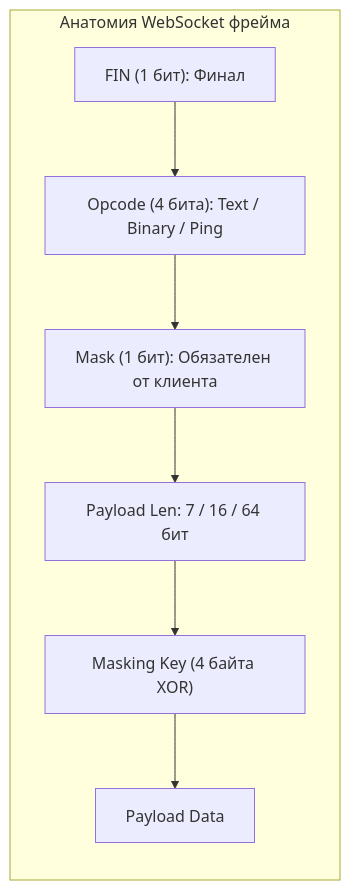
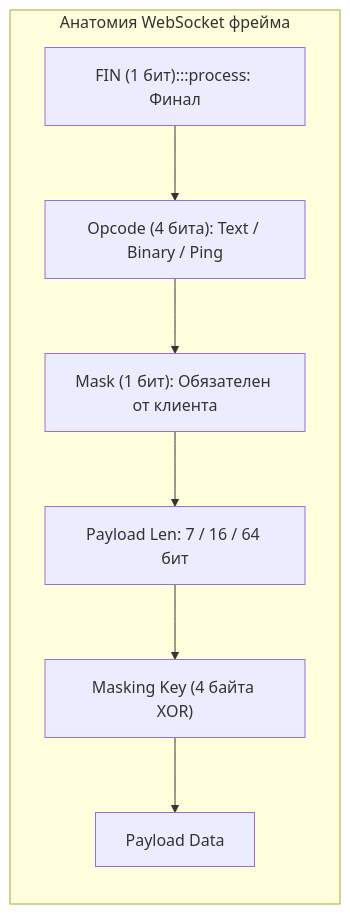
Before and after one commit to UnrealTemplier/go-textbook: the third of 4 diagrams in sources/3. Компьютерные сети и сетевой стек/25. WebSocket, SSE и долгоживущие соединения.md, drawn with Mermaid. The commit also changed other lines of this file and 1666 other files, not shown here.

First line of the commit message:
feat(mermaid): add semantic color classDef to 1369 colorless flowchart/graph diagrams

````diff
--- a/sources/3. Компьютерные сети и сетевой стек/25. WebSocket, SSE и долгоживущие соединения.md
+++ b/sources/3. Компьютерные сети и сетевой стек/25. WebSocket, SSE и долгоживущие соединения.md
@@ -186,10 +196,20 @@
 ```mermaid
 flowchart LR
+    classDef process  fill:#1e293b,stroke:#38bdf8,stroke-width:1px,color:#f8fafc
+    classDef success  fill:#064e3b,stroke:#34d399,stroke-width:1px,color:#f8fafc
+    classDef error    fill:#7f1d1d,stroke:#f87171,stroke-width:1px,color:#f8fafc
+    classDef warning  fill:#78350f,stroke:#fbbf24,stroke-width:1px,color:#f8fafc
+    classDef entry    fill:#1e3a5f,stroke:#38bdf8,stroke-width:2px,color:#f8fafc
+    classDef aux      fill:#334155,stroke:#64748b,stroke-width:1px,color:#f8fafc
+    classDef system   fill:#312e81,stroke:#a78bfa,stroke-width:1px,color:#f8fafc
+    classDef data     fill:#132d29,stroke:#2dd4bf,stroke-width:1px,color:#f8fafc
+    classDef network  fill:#881337,stroke:#fb7185,stroke-width:1px,color:#f8fafc
+    classDef accent   fill:#1e1b4b,stroke:#818cf8,stroke-width:1px,color:#f8fafc
     subgraph WSFrame ["Анатомия WebSocket фрейма"]
-        FIN["FIN (1 бит): Финал"] --> Opcode["Opcode (4 бита): Text / Binary / Ping"]
+        FIN["FIN (1 бит):::process: Финал"] --> Opcode["Opcode (4 бита): Text / Binary / Ping"]
         Opcode --> MaskBit["Mask (1 бит): Обязателен от клиента"]
         MaskBit --> Len["Payload Len: 7 / 16 / 64 бит"]
         Len --> MaskKey["Masking Key (4 байта XOR)"]
         MaskKey --> PayloadData["Payload Data"]
     end
 ```
````
